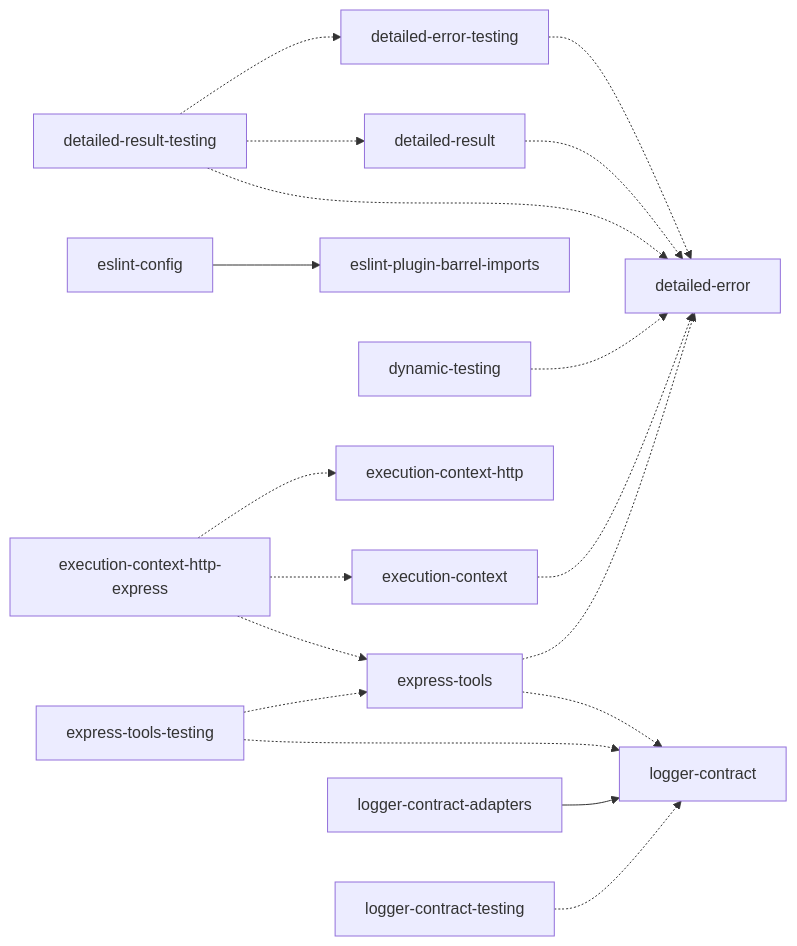
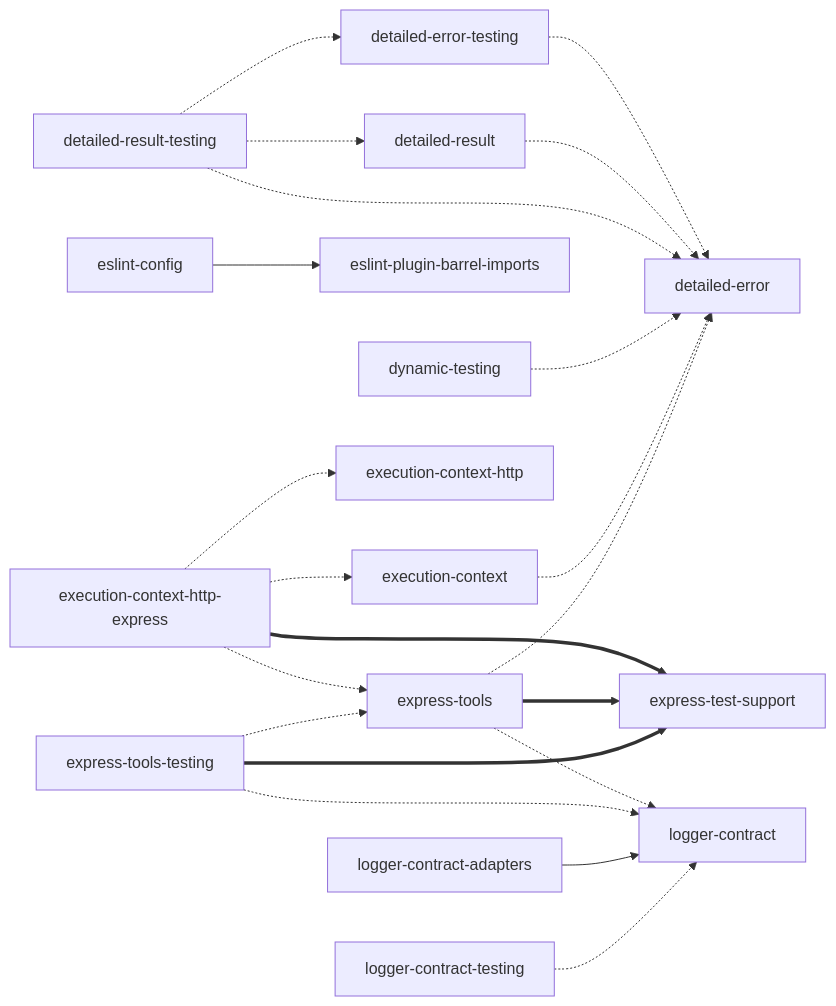
One commit to couimet/ts-npm-packages changed the diagram in README.md. Above: the diagram before and after it, drawn with Mermaid. The commit also changed other lines of this file and 40 other files, not shown here.

````diff
--- a/README.md
+++ b/README.md
@@ -15,20 +15,23 @@
 ```mermaid
 graph LR
     detailed-error-testing -.-> detailed-error
     detailed-result -.-> detailed-error
     detailed-result-testing -.-> detailed-error
     detailed-result-testing -.-> detailed-error-testing
     detailed-result-testing -.-> detailed-result
     dynamic-testing -.-> detailed-error
     eslint-config --> eslint-plugin-barrel-imports
     execution-context -.-> detailed-error
     execution-context-http-express -.-> execution-context
     execution-context-http-express -.-> execution-context-http
+    execution-context-http-express ==> express-test-support
     execution-context-http-express -.-> express-tools
     express-tools -.-> detailed-error
+    express-tools ==> express-test-support
     express-tools -.-> logger-contract
+    express-tools-testing ==> express-test-support
     express-tools-testing -.-> express-tools
     express-tools-testing -.-> logger-contract
     logger-contract-adapters --> logger-contract
     logger-contract-testing -.-> logger-contract
 ```
````
